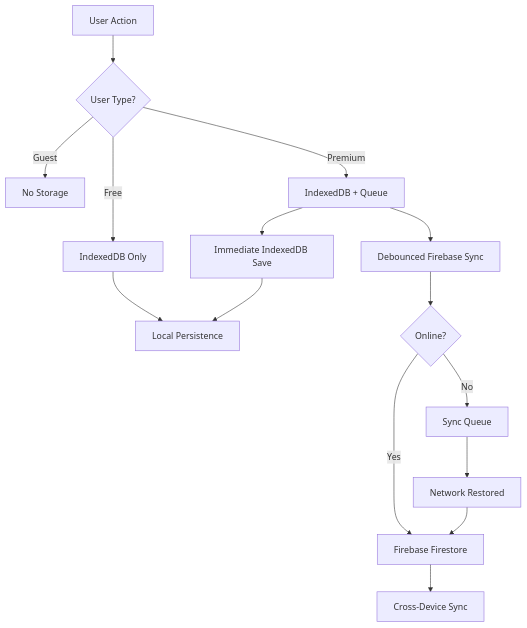
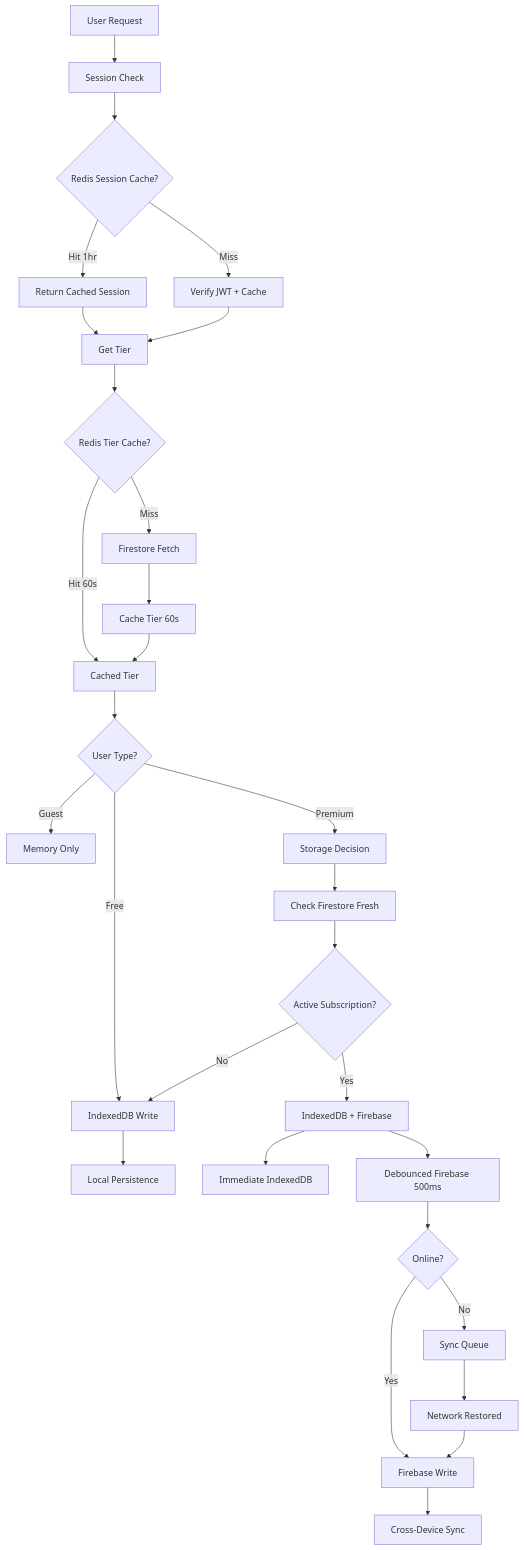
The diagram in docs/storage/UNIFIED_STORAGE_ARCHITECTURE.md (HelyeFab/moshimoshi), drawn with Mermaid before and after one commit. The commit also changed other lines of this file and 1518 other files, not shown here.

First line of the commit message:
fix:pre Storage Firebase sync issue

````diff
--- a/docs/storage/UNIFIED_STORAGE_ARCHITECTURE.md
+++ b/docs/storage/UNIFIED_STORAGE_ARCHITECTURE.md
@@ -31,21 +44,39 @@
 ```mermaid
 graph TD
-    A[User Action] --> B{User Type?}
-    B -->|Guest| C[No Storage]
-    B -->|Free| D[IndexedDB Only]
-    B -->|Premium| E[IndexedDB + Queue]
+    A[User Request] --> B[Session Check]
+    B --> C{Redis Session Cache?}
+    C -->|Hit 1hr| D[Return Cached Session]
+    C -->|Miss| E[Verify JWT + Cache]
 
-    E --> F[Immediate IndexedDB Save]
-    E --> G[Debounced Firebase Sync]
+    D --> F[Get Tier]
+    E --> F
 
-    G --> H{Online?}
-    H -->|Yes| I[Firebase Firestore]
-    H -->|No| J[Sync Queue]
+    F --> G{Redis Tier Cache?}
+    G -->|Hit 60s| H[Cached Tier]
+    G -->|Miss| I[Firestore Fetch]
+    I --> J[Cache Tier 60s]
+    J --> H
 
-    J --> K[Network Restored]
-    K --> I
+    H --> K{User Type?}
+    K -->|Guest| L[Memory Only]
+    K -->|Free| M[IndexedDB Write]
+    K -->|Premium| N[Storage Decision]
 
-    D --> L[Local Persistence]
-    F --> L
-    I --> M[Cross-Device Sync]
+    N --> O[Check Firestore Fresh]
+    O --> P{Active Subscription?}
+    P -->|Yes| Q[IndexedDB + Firebase]
+    P -->|No| M
+
+    M --> R[Local Persistence]
+    Q --> S[Immediate IndexedDB]
+    Q --> T[Debounced Firebase 500ms]
+
+    T --> U{Online?}
+    U -->|Yes| V[Firebase Write]
+    U -->|No| W[Sync Queue]
+
+    W --> X[Network Restored]
+    X --> V
+
+    V --> Y[Cross-Device Sync]
 ```
````
